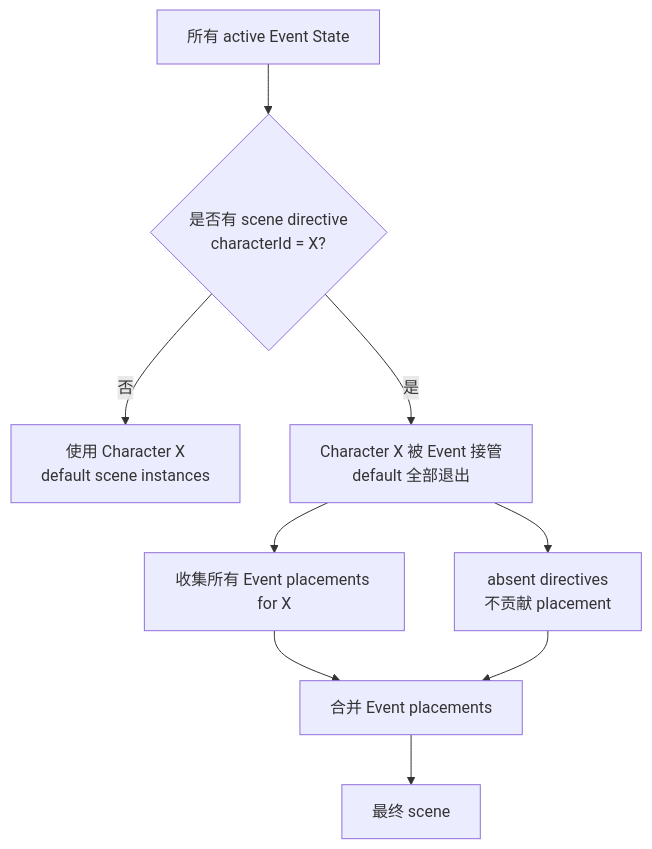
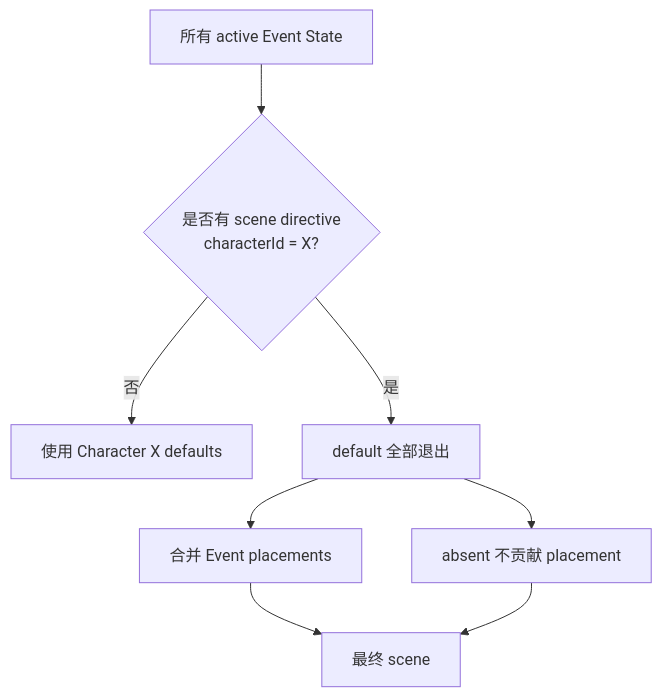
One commit to lithdoo/loom-realm changed the seventh of 8 diagrams in examples/PokeMan/doc/65-data-model-diagram.md. Above: the diagram before and after it, drawn with Mermaid. The commit also changed other lines of this file, not shown here.

Commit message:
docs(PokeMan): update model diagram for contract skills

````diff
--- a/examples/PokeMan/doc/65-data-model-diagram.md
+++ b/examples/PokeMan/doc/65-data-model-diagram.md
@@ -450,14 +292,10 @@
 ```mermaid
 flowchart TB
     E[所有 active Event State] --> Q{是否有 scene directive<br/>characterId = X?}
-
-    Q -->|否| DEF[使用 Character X<br/>default scene instances]
-    Q -->|是| TAKE[Character X 被 Event 接管<br/>default 全部退出]
-
-    TAKE --> P[收集所有 Event placements for X]
-    TAKE --> A[absent directives<br/>不贡献 placement]
-
-    P --> MERGE[合并 Event placements]
-    A --> MERGE
-    MERGE --> FINAL[最终 scene]
+    Q -->|否| DEF[使用 Character X defaults]
+    Q -->|是| TAKE[default 全部退出]
+    TAKE --> P[合并 Event placements]
+    TAKE --> A[absent 不贡献 placement]
+    P --> FINAL[最终 scene]
+    A --> FINAL
 ```
````
